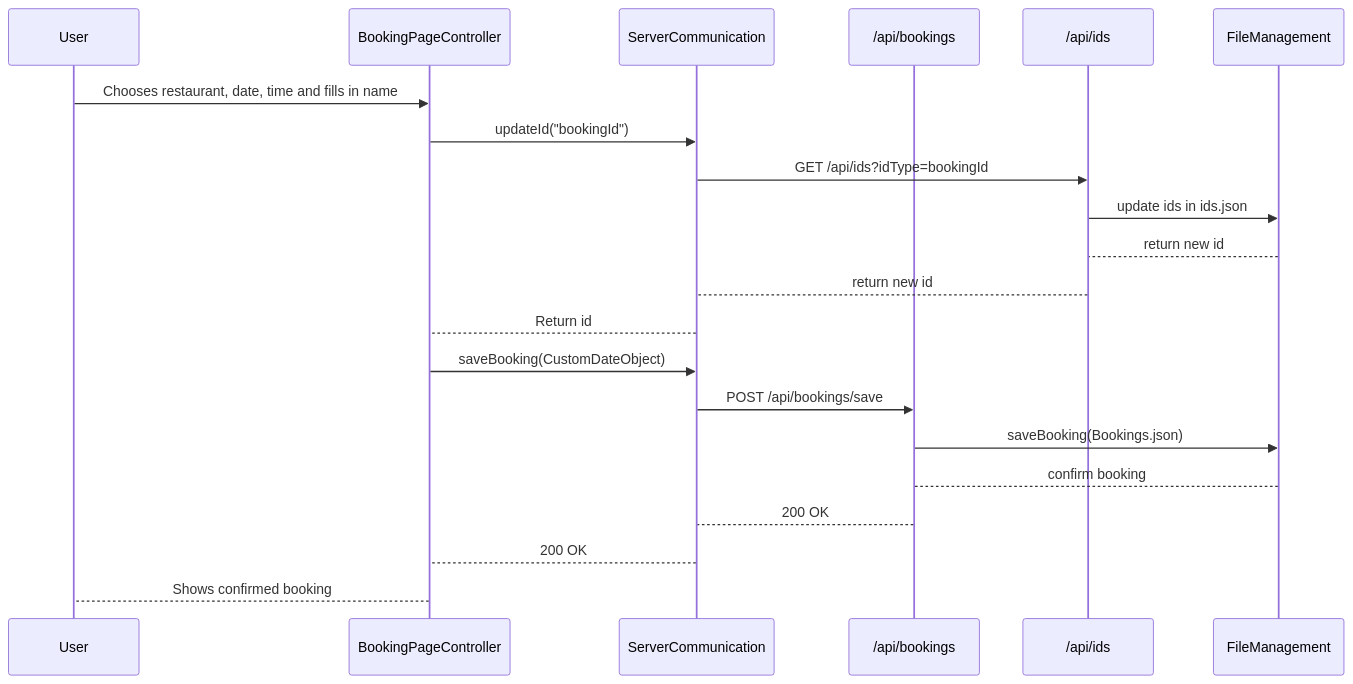
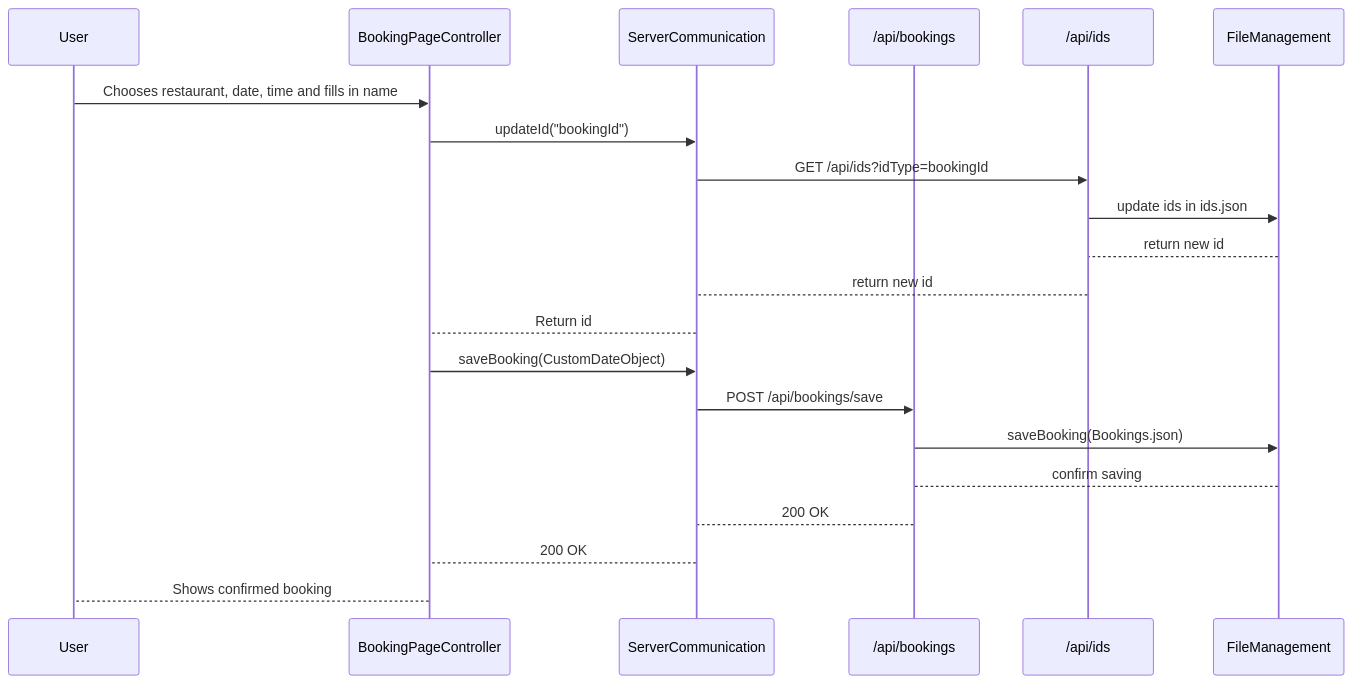
Before and after one commit to marsun02/IT1901_Booking_Manager: the diagram in Sequence-diagram.md, drawn with Mermaid.

Commit message:
docs: :memo: Changed what FileManagement returned from confirm booking to confirm saving #197

````diff
--- a/Sequence-diagram.md
+++ b/Sequence-diagram.md
@@ -1,26 +1,26 @@
 ```mermaid 
 
 sequenceDiagram
     participant User
     participant BookingPageController
     participant ServerCommunication
     participant bookings as /api/bookings 
     participant ids as /api/ids
     participant FileManagement
 
     User->>BookingPageController: Chooses restaurant, date, time and fills in name
     BookingPageController->>ServerCommunication: updateId("bookingId")
     ServerCommunication->>ids: GET /api/ids?idType=bookingId
     ids->>FileManagement: update ids in ids.json
     FileManagement-->ids: return new id
     ids-->ServerCommunication: return new id
     ServerCommunication-->BookingPageController: Return id
     BookingPageController->>ServerCommunication: saveBooking(CustomDateObject)
     ServerCommunication->>bookings: POST /api/bookings/save
     bookings->>FileManagement: saveBooking(Bookings.json)
-    FileManagement-->bookings: confirm booking
+    FileManagement-->bookings: confirm saving
     bookings-->ServerCommunication: 200 OK
     ServerCommunication-->BookingPageController: 200 OK
     BookingPageController-->User: Shows confirmed booking
     
 ```
````
